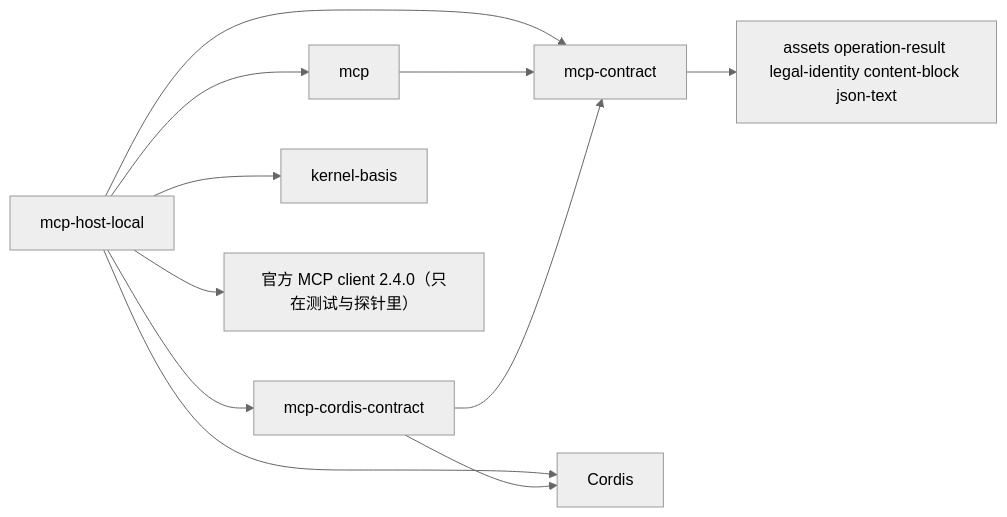
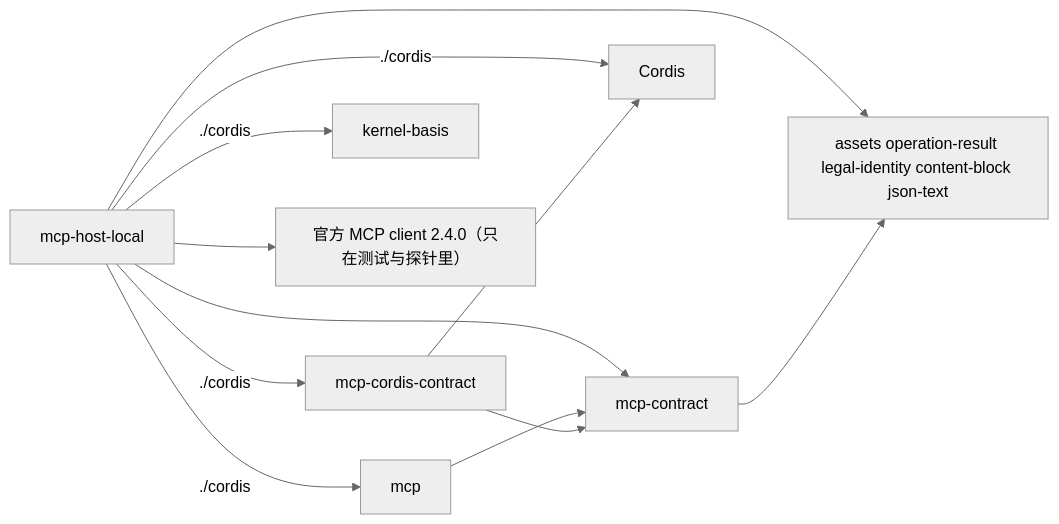
The diagram in packages/mcp/README.md (nemori-ai/omne-harness-lite), drawn with Mermaid (neutral theme) before and after one commit. The commit also changed other lines of this file and 3 other files, not shown here.

````diff
--- a/packages/mcp/README.md
+++ b/packages/mcp/README.md
@@ -24,13 +24,14 @@
 ```mermaid
 flowchart LR
-    hostLocal[mcp-host-local] --> mcp[mcp]
-    hostLocal --> cordisContract[mcp-cordis-contract]
+    hostLocal[mcp-host-local] -->|"./cordis"| mcp[mcp]
+    hostLocal -->|"./cordis"| cordisContract[mcp-cordis-contract]
     hostLocal --> contract[mcp-contract]
-    hostLocal --> kernelBasis[kernel-basis]
-    hostLocal --> cordis
+    hostLocal --> common
+    hostLocal -->|"./cordis"| kernelBasis[kernel-basis]
+    hostLocal -->|"./cordis"| cordis
     hostLocal --> sdk["官方 MCP client 2.4.0（只在测试与探针里）"]
     mcp --> contract
     cordisContract --> contract
     cordisContract --> cordis[Cordis]
     contract --> common[assets operation-result legal-identity content-block json-text]
 ```
````
